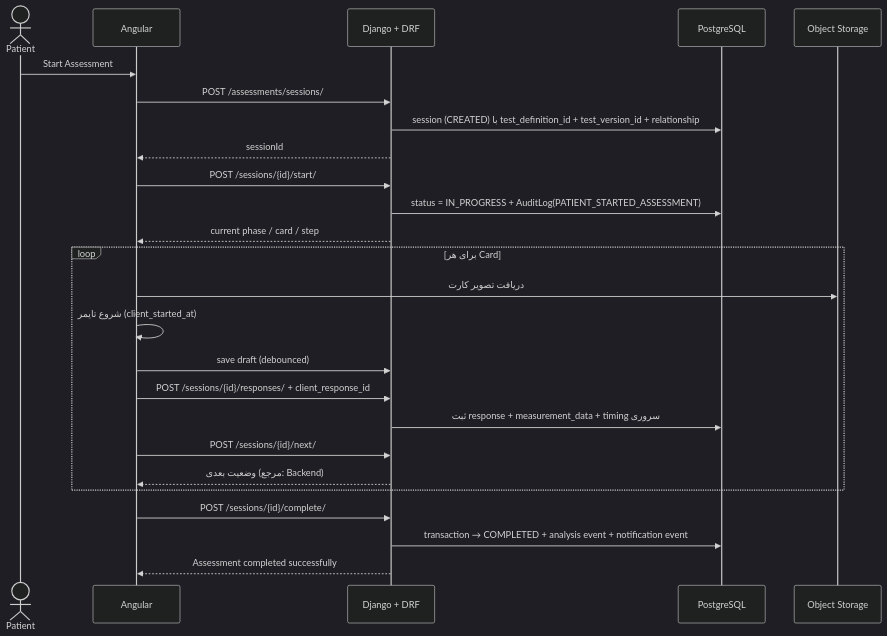
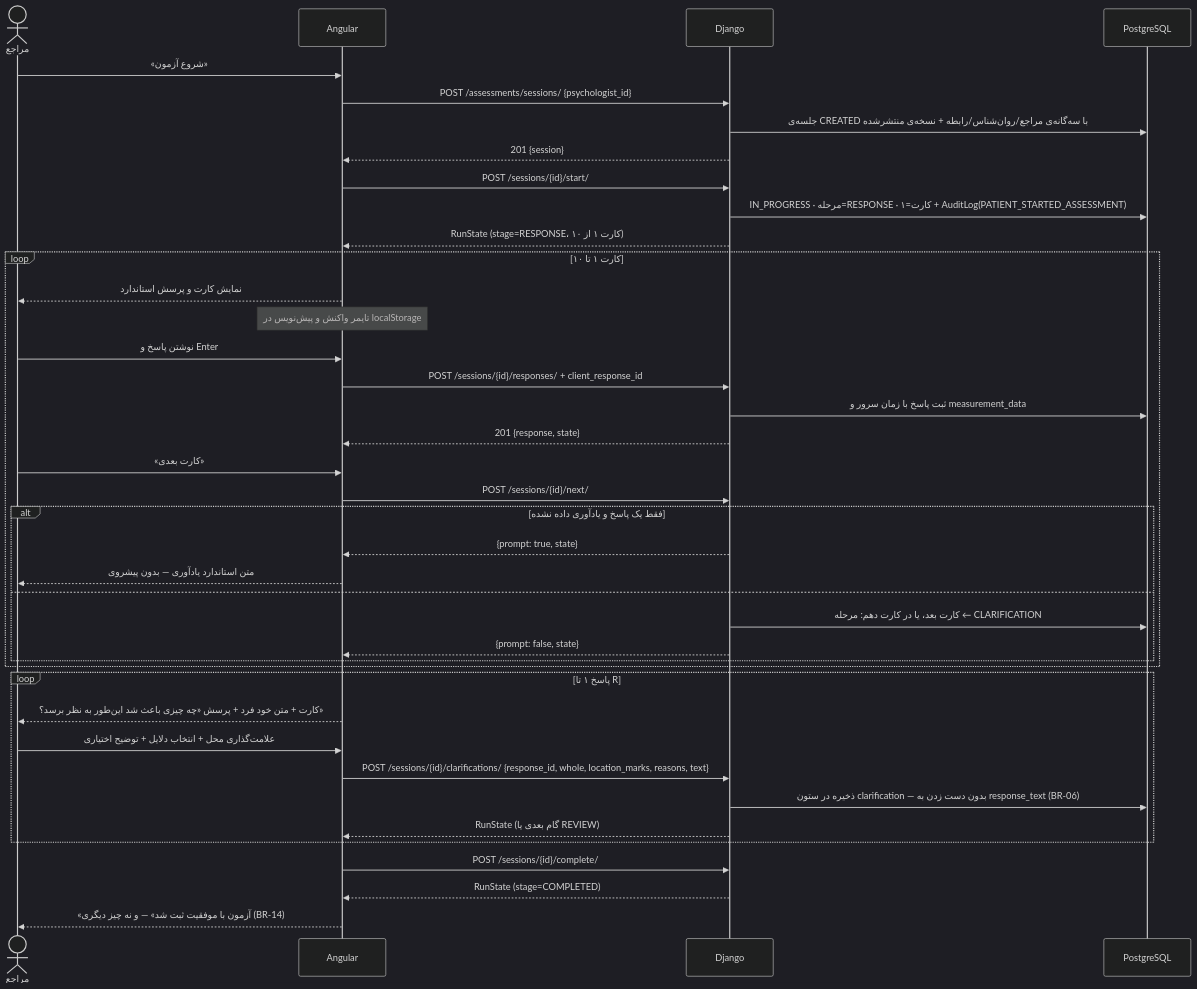
The fourth of 13 diagrams in documentation/05-sequence-diagrams.md (elmkhah/rorschach), drawn with Mermaid (dark theme) before and after one commit. The commit also changed other lines of this file and 23 other files, not shown here.

````diff
--- a/documentation/05-sequence-diagrams.md
+++ b/documentation/05-sequence-diagrams.md
@@ -85,30 +105,46 @@
 ```mermaid
 sequenceDiagram
-    actor P as Patient
+    actor P as مراجع
     participant FE as Angular
-    participant BE as Django + DRF
+    participant BE as Django
     participant DB as PostgreSQL
-    participant OS as Object Storage
 
-    P->>FE: Start Assessment
-    FE->>BE: POST /assessments/sessions/
-    BE->>DB: session (CREATED) با test_definition_id + test_version_id + relationship
-    BE-->>FE: sessionId
+    P->>FE: «شروع آزمون»
+    FE->>BE: POST /assessments/sessions/ {psychologist_id}
+    BE->>DB: جلسه‌ی CREATED با سه‌گانه‌ی مراجع/روان‌شناس/رابطه + نسخه‌ی منتشرشده
+    BE-->>FE: 201 {session}
+
     FE->>BE: POST /sessions/{id}/start/
-    BE->>DB: status = IN_PROGRESS + AuditLog(PATIENT_STARTED_ASSESSMENT)
-    BE-->>FE: current phase / card / step
+    BE->>DB: IN_PROGRESS · مرحله=RESPONSE · کارت=۱ + AuditLog(PATIENT_STARTED_ASSESSMENT)
+    BE-->>FE: RunState (stage=RESPONSE، کارت ۱ از ۱۰)
 
-    loop برای هر Card
-        FE->>OS: دریافت تصویر کارت
-        FE->>FE: شروع تایمر (client_started_at)
-        FE->>BE: save draft (debounced)
+    loop کارت ۱ تا ۱۰
+        FE-->>P: نمایش کارت و پرسش استاندارد
+        Note over FE: تایمر واکنش و پیش‌نویس در localStorage
+        P->>FE: نوشتن پاسخ و Enter
         FE->>BE: POST /sessions/{id}/responses/ + client_response_id
-        BE->>DB: ثبت response + measurement_data + timing سروری
+        BE->>DB: ثبت پاسخ با زمان سرور و measurement_data
+        BE-->>FE: 201 {response, state}
+        P->>FE: «کارت بعدی»
         FE->>BE: POST /sessions/{id}/next/
-        BE-->>FE: وضعیت بعدی (مرجع: Backend)
+        alt فقط یک پاسخ و یادآوری داده نشده
+            BE-->>FE: {prompt: true, state}
+            FE-->>P: متن استاندارد یادآوری — بدون پیشروی
+        else
+            BE->>DB: کارت بعد، یا در کارت دهم: مرحله ← CLARIFICATION
+            BE-->>FE: {prompt: false, state}
+        end
+    end
+
+    loop پاسخ ۱ تا R
+        FE-->>P: کارت + متن خود فرد + پرسش «چه چیزی باعث شد این‌طور به نظر برسد؟»
+        P->>FE: علامت‌گذاری محل + انتخاب دلایل + توضیح اختیاری
+        FE->>BE: POST /sessions/{id}/clarifications/ {response_id, whole, location_marks, reasons, text}
+        BE->>DB: ذخیره در ستون clarification — بدون دست زدن به response_text (BR-06)
+        BE-->>FE: RunState (گام بعدی یا REVIEW)
     end
 
     FE->>BE: POST /sessions/{id}/complete/
-    BE->>DB: transaction → COMPLETED + analysis event + notification event
-    BE-->>FE: Assessment completed successfully
+    BE-->>FE: RunState (stage=COMPLETED)
+    FE-->>P: «آزمون با موفقیت ثبت شد» — و نه چیز دیگری (BR-14)
 ```
````
